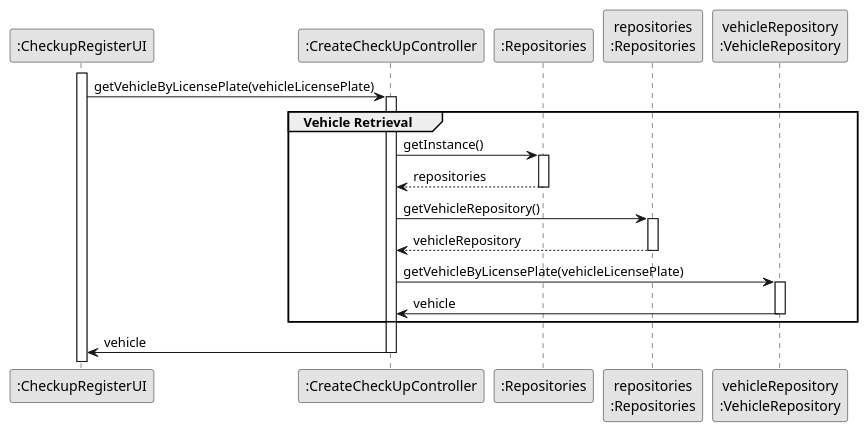
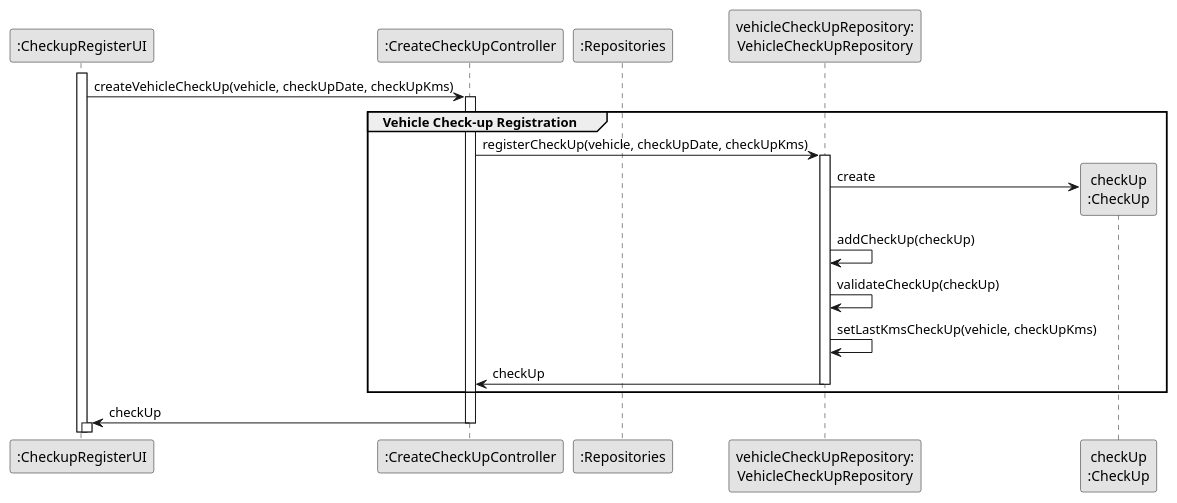
One commit to SAEmanuel/Green_Spaces_Management_ISEP changed the diagram in docs/sprintB/us007/03.design/puml/us007-sequence-diagram-partial-vehicle-check-up-registration.puml. Above: the diagram before and after it, drawn with PlantUML. The commit also changed 31 other files, not shown here.

```diff
--- a/docs/sprintB/us007/03.design/puml/us007-sequence-diagram-partial-vehicle-check-up-registration.puml
+++ b/docs/sprintB/us007/03.design/puml/us007-sequence-diagram-partial-vehicle-check-up-registration.puml
@@ -1,43 +1,41 @@
 @startuml
 skinparam monochrome true
 skinparam packageStyle rectangle
 skinparam shadowing false
 
 participant ":CheckupRegisterUI" as UI
 participant ":CreateCheckUpController" as CTRL
 participant ":Repositories" as RepositorySingleton
-participant "repositories\n:Repositories" as PLAT
-participant "vehicleRepository\n:VehicleRepository" as vehicleRepository
+participant "vehicleCheckUpRepository:\nVehicleCheckUpRepository" as VehicleCheckUpRepository
+participant "checkUp\n:CheckUp" as CHECKUP
 
 activate UI
 
-UI -> CTRL : getVehicleByLicensePlate(vehicleLicensePlate)
- group Vehicle Retrieval
+UI -> CTRL : createVehicleCheckUp(vehicle, checkUpDate, checkUpKms)
+activate CTRL
+group Vehicle Check-up Registration
 
-activate CTRL
-CTRL -> RepositorySingleton : getInstance()
-activate RepositorySingleton
+CTRL -> VehicleCheckUpRepository : registerCheckUp(vehicle, checkUpDate, checkUpKms)
+activate VehicleCheckUpRepository
 
-RepositorySingleton --> CTRL: repositories
-deactivate RepositorySingleton
+VehicleCheckUpRepository -> CHECKUP** : create
+VehicleCheckUpRepository -> VehicleCheckUpRepository : addCheckUp(checkUp)
 
-CTRL -> PLAT : getVehicleRepository()
-activate PLAT
 
-PLAT --> CTRL: vehicleRepository
-deactivate PLAT
+ VehicleCheckUpRepository -> VehicleCheckUpRepository : validateCheckUp(checkUp)
 
-CTRL -> vehicleRepository : getVehicleByLicensePlate(vehicleLicensePlate)
+ VehicleCheckUpRepository -> VehicleCheckUpRepository : setLastKmsCheckUp(vehicle, checkUpKms)
 
-activate vehicleRepository
-
-vehicleRepository -> CTRL : vehicle
-deactivate vehicleRepository
-
+VehicleCheckUpRepository -> CTRL : checkUp
+deactivate VehicleCheckUpRepository
 end
 
+deactivate VehicleCheckUpRepository
 
-CTRL -> UI : vehicle
+CTRL -> UI : checkUp
+
+
 deactivate CTRL
+activate UI
 
 @enduml
```
